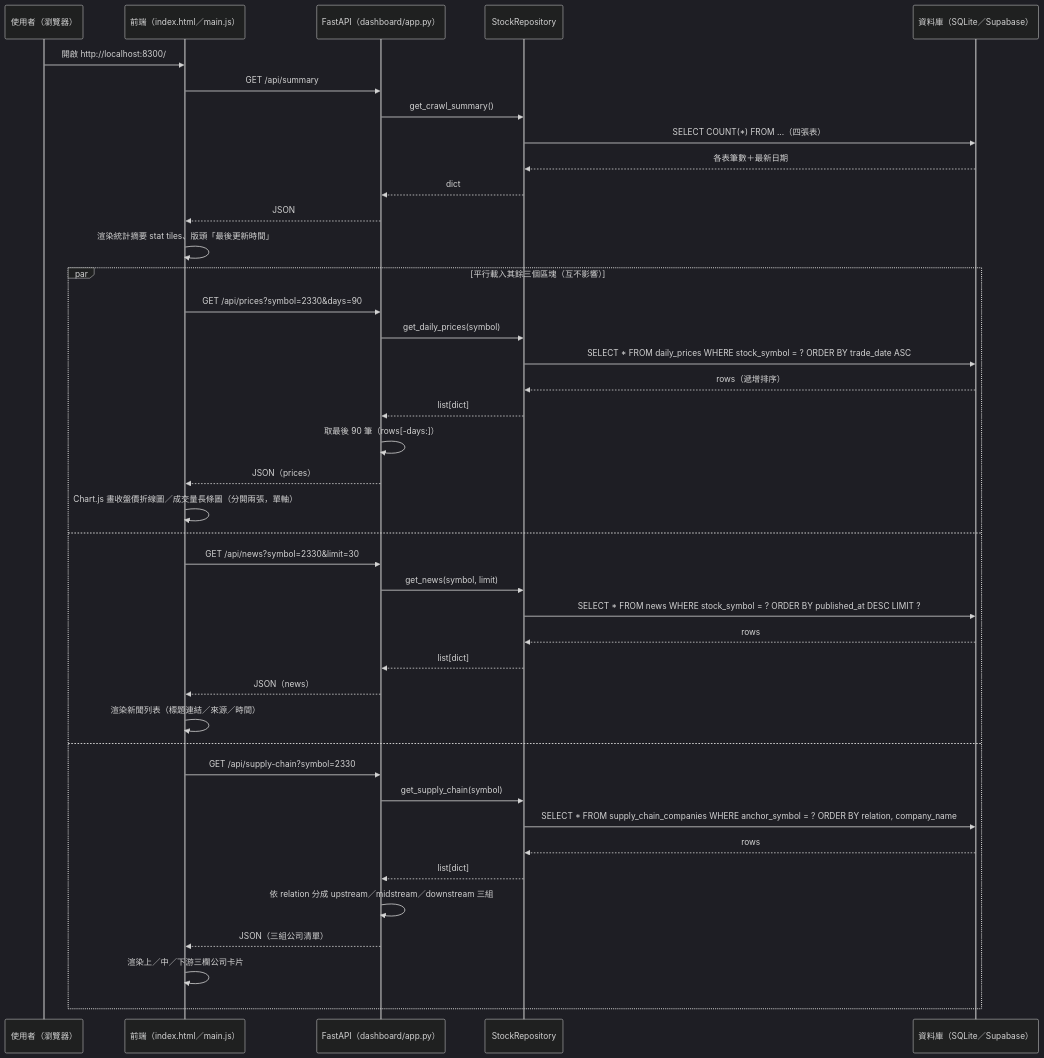
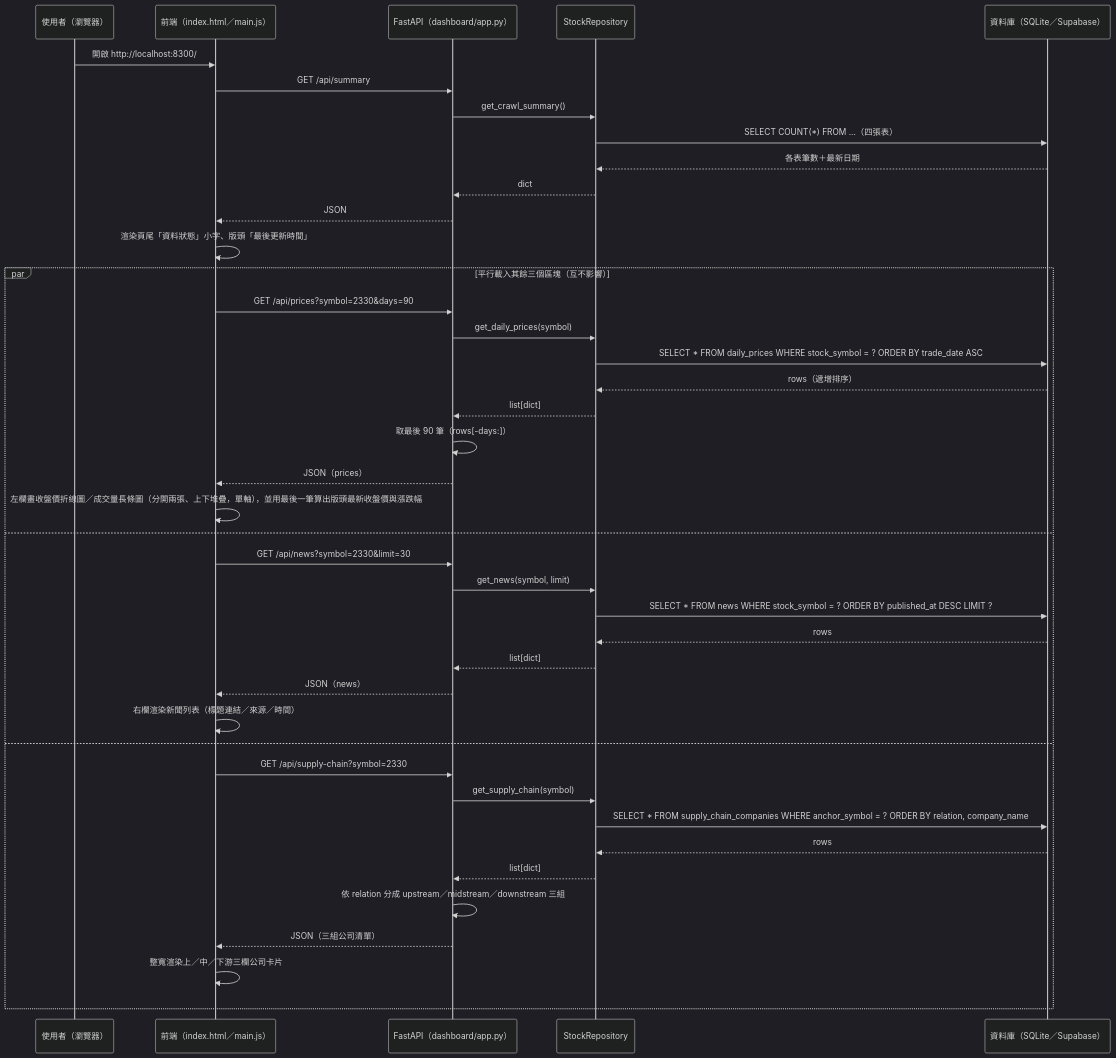
Before and after one commit to darrenlu86/oharalab-courses: the fourth of 4 diagrams in docs/PRD.md, drawn with Mermaid (dark theme). The commit also changed other lines of this file and 5 other files, not shown here.

````diff
--- a/docs/PRD.md
+++ b/docs/PRD.md
@@ -564,45 +564,45 @@
 ```mermaid
 sequenceDiagram
     participant User as 使用者（瀏覽器）
     participant Web as 前端（index.html／main.js）
     participant API as FastAPI（dashboard/app.py）
     participant Repo as StockRepository
     participant DB as 資料庫（SQLite／Supabase）
 
     User->>Web: 開啟 http://localhost:8300/
     Web->>API: GET /api/summary
     API->>Repo: get_crawl_summary()
     Repo->>DB: SELECT COUNT(*) FROM ...（四張表）
     DB-->>Repo: 各表筆數＋最新日期
     Repo-->>API: dict
     API-->>Web: JSON
-    Web->>Web: 渲染統計摘要 stat tiles、版頭「最後更新時間」
+    Web->>Web: 渲染頁尾「資料狀態」小字、版頭「最後更新時間」
 
     par 平行載入其餘三個區塊（互不影響）
         Web->>API: GET /api/prices?symbol=2330&days=90
         API->>Repo: get_daily_prices(symbol)
         Repo->>DB: SELECT * FROM daily_prices WHERE stock_symbol = ? ORDER BY trade_date ASC
         DB-->>Repo: rows（遞增排序）
         Repo-->>API: list[dict]
         API->>API: 取最後 90 筆（rows[-days:]）
         API-->>Web: JSON（prices）
-        Web->>Web: Chart.js 畫收盤價折線圖／成交量長條圖（分開兩張，單軸）
+        Web->>Web: 左欄畫收盤價折線圖／成交量長條圖（分開兩張、上下堆疊，單軸），並用最後一筆算出版頭最新收盤價與漲跌幅
     and
         Web->>API: GET /api/news?symbol=2330&limit=30
         API->>Repo: get_news(symbol, limit)
         Repo->>DB: SELECT * FROM news WHERE stock_symbol = ? ORDER BY published_at DESC LIMIT ?
         DB-->>Repo: rows
         Repo-->>API: list[dict]
         API-->>Web: JSON（news）
-        Web->>Web: 渲染新聞列表（標題連結／來源／時間）
+        Web->>Web: 右欄渲染新聞列表（標題連結／來源／時間）
     and
         Web->>API: GET /api/supply-chain?symbol=2330
         API->>Repo: get_supply_chain(symbol)
         Repo->>DB: SELECT * FROM supply_chain_companies WHERE anchor_symbol = ? ORDER BY relation, company_name
         DB-->>Repo: rows
         Repo-->>API: list[dict]
         API->>API: 依 relation 分成 upstream／midstream／downstream 三組
         API-->>Web: JSON（三組公司清單）
-        Web->>Web: 渲染上／中／下游三欄公司卡片
+        Web->>Web: 整寬渲染上／中／下游三欄公司卡片
     end
 ```
````
